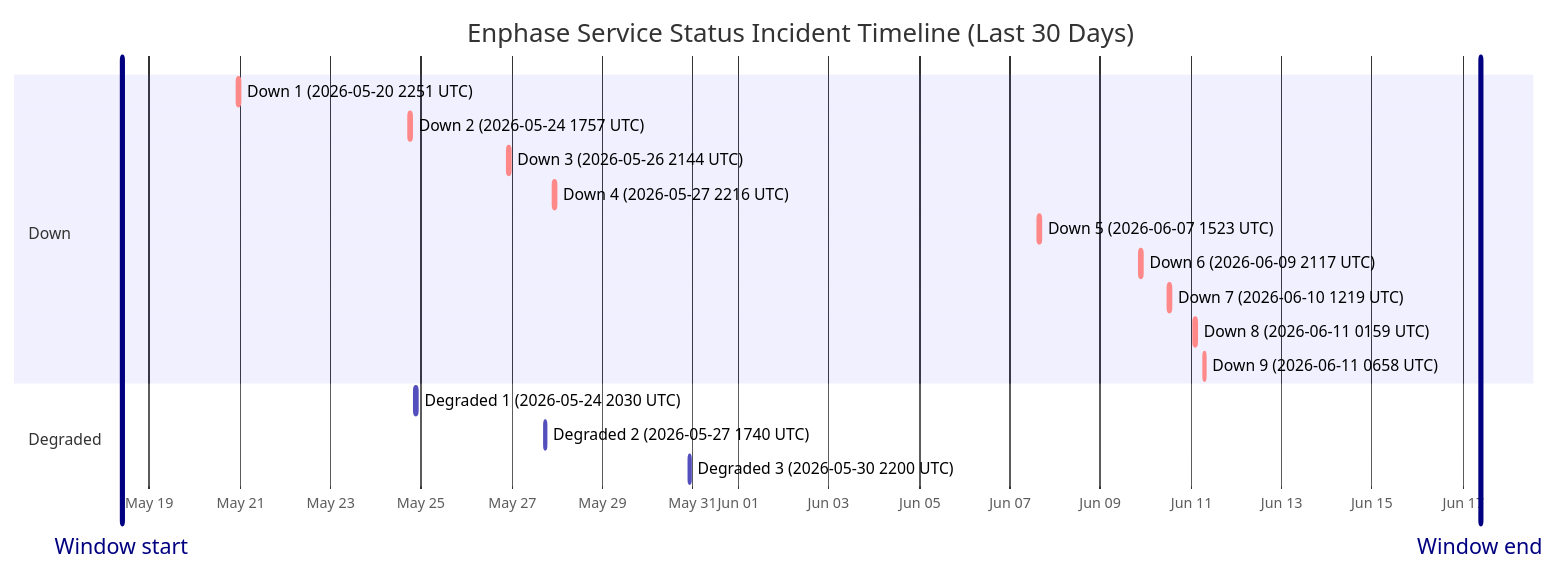
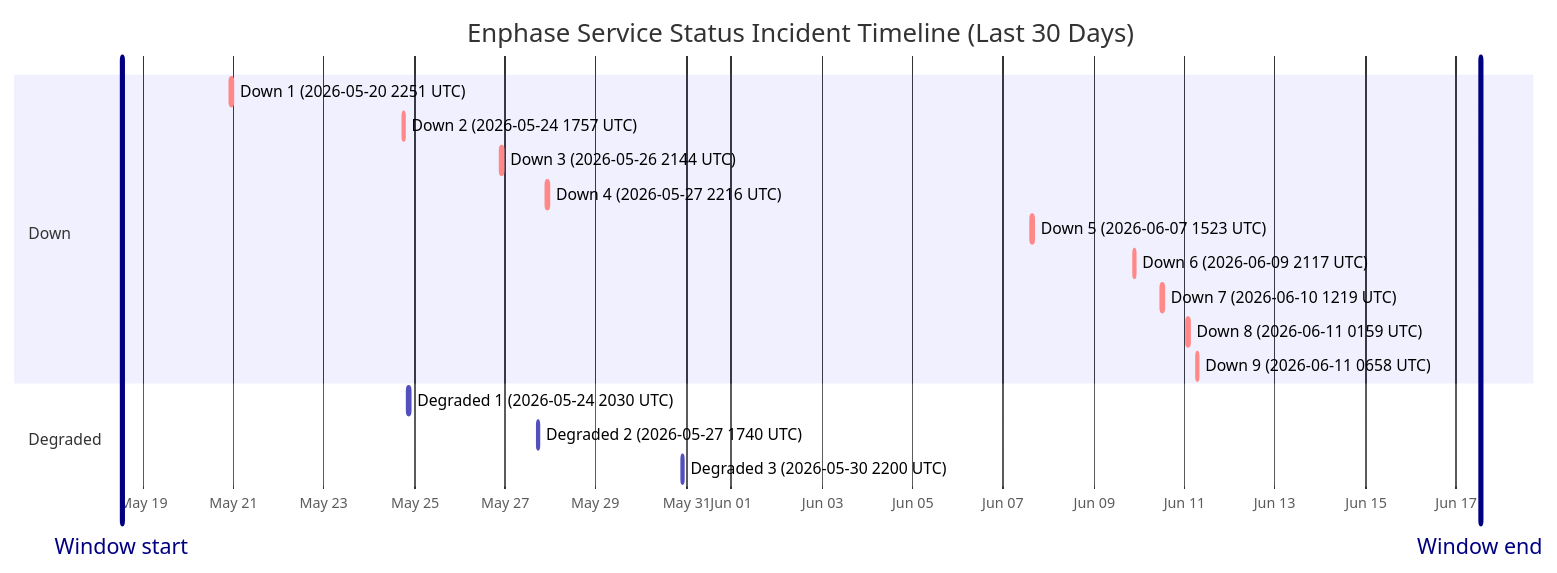
Before and after one commit to barneyonline/ha-enphase-energy: the diagram in wiki/Service-Status-History.md, drawn with Mermaid. The commit also changed other lines of this file and 3 other files, not shown here.

````diff
--- a/wiki/Service-Status-History.md
+++ b/wiki/Service-Status-History.md
@@ -14,22 +14,22 @@
 ```mermaid
 gantt
     title Enphase Service Status Incident Timeline (Last 30 Days)
     dateFormat  YYYY-MM-DDTHH:mm:ss
     axisFormat  %b %d
-    Window start :vert, window-start, 2026-05-18T09:17:44, 0ms
-    Window end :vert, window-end, 2026-06-17T09:17:44, 0ms
+    Window start :vert, window-start, 2026-05-18T13:00:26, 0ms
+    Window end :vert, window-end, 2026-06-17T13:00:26, 0ms
     section Down
     Down 1 (2026-05-20 2251 UTC) :crit, down-1, 2026-05-20T22:51:14, 75m
     Down 2 (2026-05-24 1757 UTC) :crit, down-2, 2026-05-24T17:57:41, 86m
     Down 3 (2026-05-26 2144 UTC) :crit, down-3, 2026-05-26T21:44:11, 85m
     Down 4 (2026-05-27 2216 UTC) :crit, down-4, 2026-05-27T22:16:53, 87m
     Down 5 (2026-06-07 1523 UTC) :crit, down-5, 2026-06-07T15:23:22, 87m
     Down 6 (2026-06-09 2117 UTC) :crit, down-6, 2026-06-09T21:17:17, 60m
     Down 7 (2026-06-10 1219 UTC) :crit, down-7, 2026-06-10T12:19:21, 60m
     Down 8 (2026-06-11 0159 UTC) :crit, down-8, 2026-06-11T01:59:36, 60m
     Down 9 (2026-06-11 0658 UTC) :crit, down-9, 2026-06-11T06:58:45, 60m
     section Degraded
     Degraded 1 (2026-05-24 2030 UTC) :active, degraded-1, 2026-05-24T20:30:57, 84m
     Degraded 2 (2026-05-27 1740 UTC) :active, degraded-2, 2026-05-27T17:40:52, 60m
     Degraded 3 (2026-05-30 2200 UTC) :active, degraded-3, 2026-05-30T22:00:37, 60m
 ```
````
